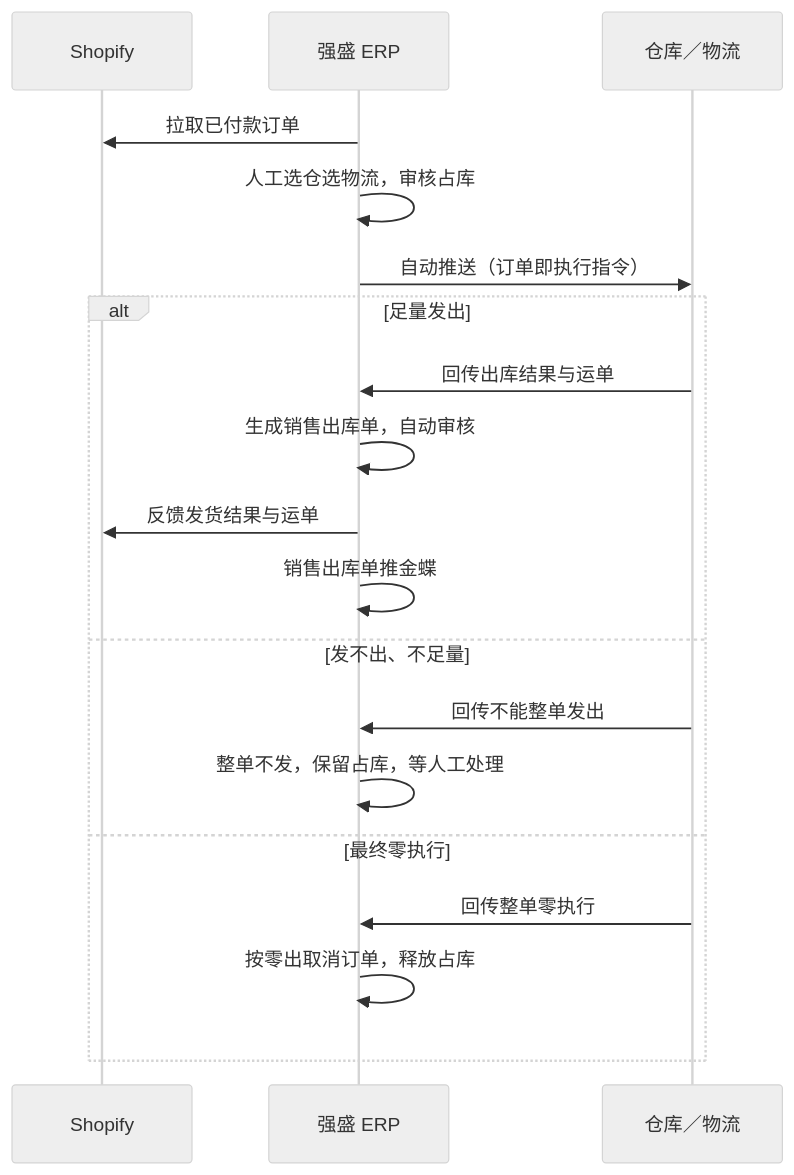
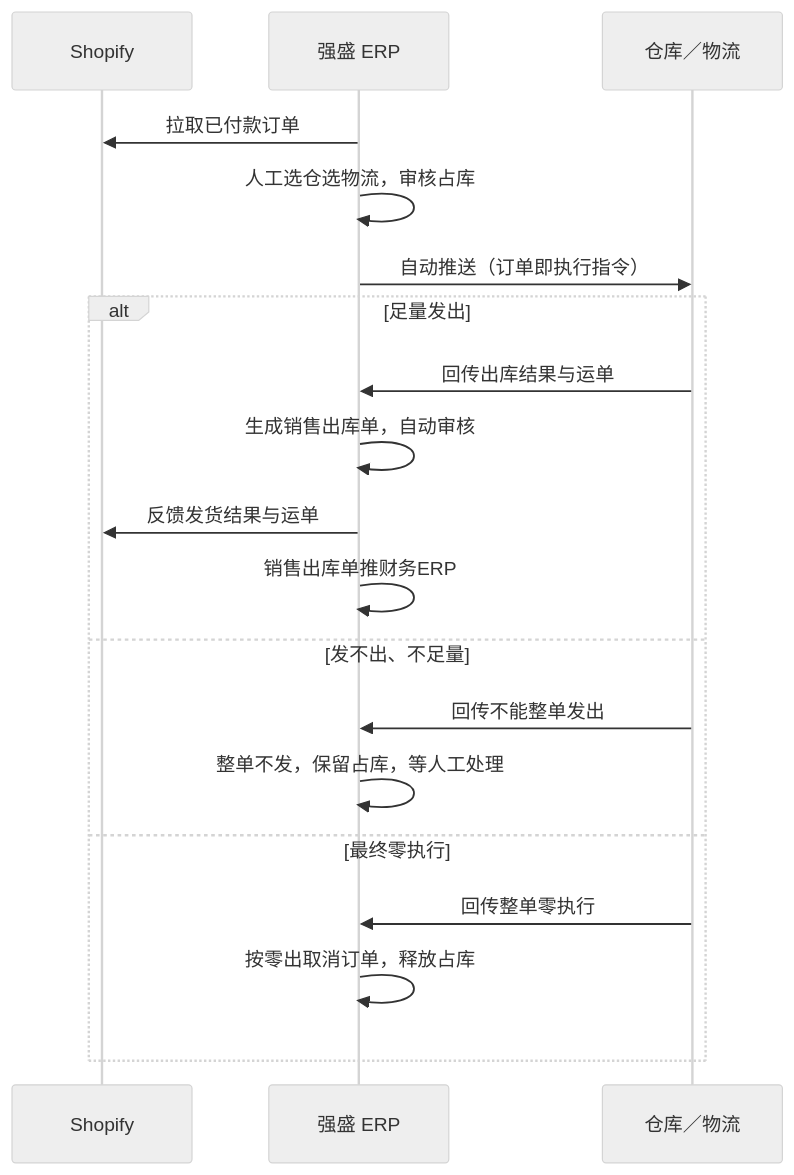
The fourth of 11 diagrams in 04-产品设计方案/20260812-ERP项目第一版框架搭建/系统架构和流程/01-系统流程与单据交互.md (TopVitamin/QS-ERP-Project), drawn with Mermaid (neutral theme) before and after one commit. The commit also changed other lines of this file and 354 other files, not shown here.

````diff
--- a/04-产品设计方案/20260812-ERP项目第一版框架搭建/系统架构和流程/01-系统流程与单据交互.md
+++ b/04-产品设计方案/20260812-ERP项目第一版框架搭建/系统架构和流程/01-系统流程与单据交互.md
@@ -144,21 +144,21 @@
 ```mermaid
 sequenceDiagram
     participant SH as Shopify
     participant ERP as 强盛 ERP
     participant WH as 仓库／物流
     ERP->>SH: 拉取已付款订单
     ERP->>ERP: 人工选仓选物流，审核占库
     ERP->>WH: 自动推送（订单即执行指令）
     alt 足量发出
         WH->>ERP: 回传出库结果与运单
         ERP->>ERP: 生成销售出库单，自动审核
         ERP->>SH: 反馈发货结果与运单
-        ERP->>ERP: 销售出库单推金蝶
+        ERP->>ERP: 销售出库单推财务ERP
     else 发不出、不足量
         WH->>ERP: 回传不能整单发出
         ERP->>ERP: 整单不发，保留占库，等人工处理
     else 最终零执行
         WH->>ERP: 回传整单零执行
         ERP->>ERP: 按零出取消订单，释放占库
     end
 ```
````
